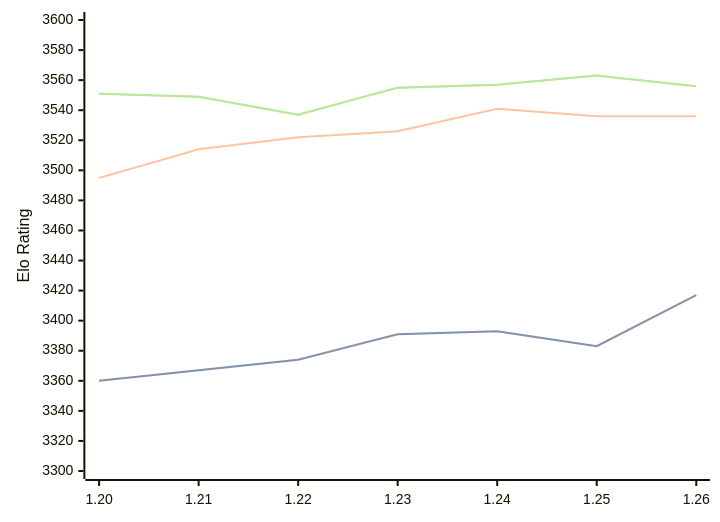
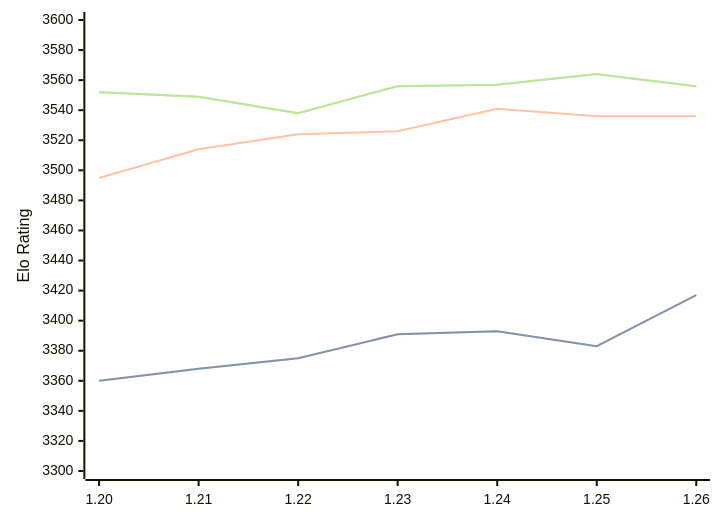
The diagram in engines/Caissa.md (computer-chess-index/cci), drawn with Mermaid before and after one commit. The commit also changed other lines of this file, not shown here.

Commit message:
Update CCI Ratings (ELO VLTC) - 2026-09-09

````diff
--- a/engines/Caissa.md
+++ b/engines/Caissa.md
@@ -37,11 +37,11 @@
 ```mermaid
 %%{init: {"theme":"base","themeVariables":{"seriesColors:['#a3a3a3','#222221','#faa371']}}}%%
 xychart-beta
   x-axis ["1.20", "1.21", "1.22", "1.23", "1.24", "1.25", "1.26"]
   y-axis "Elo Rating" 3300 --> 3600
-  line "" [3360, 3367, 3374, 3391, 3393, 3383, 3417]
-  line "STC (8.0+0.08s)" [3360, 3367, 3374, 3391, 3393, 3383, 3417]
-  line "LTC (60.0+0.60s)" [3495, 3514, 3522, 3526, 3541, 3536, 3536]
-  line "" [3551, 3549, 3537, 3555, 3557, 3563, 3556]
-  line "VLTC (2m24s+1.12s)" [3551, 3549, 3537, 3555, 3557, 3563, 3556]
+  line "" [3360, 3368, 3375, 3391, 3393, 3383, 3417]
+  line "STC (8.0+0.08s)" [3360, 3368, 3375, 3391, 3393, 3383, 3417]
+  line "LTC (60.0+0.60s)" [3495, 3514, 3524, 3526, 3541, 3536, 3536]
+  line "" [3552, 3549, 3538, 3556, 3557, 3564, 3556]
+  line "VLTC (2m24s+1.12s)" [3552, 3549, 3538, 3556, 3557, 3564, 3556]
 ```
````
